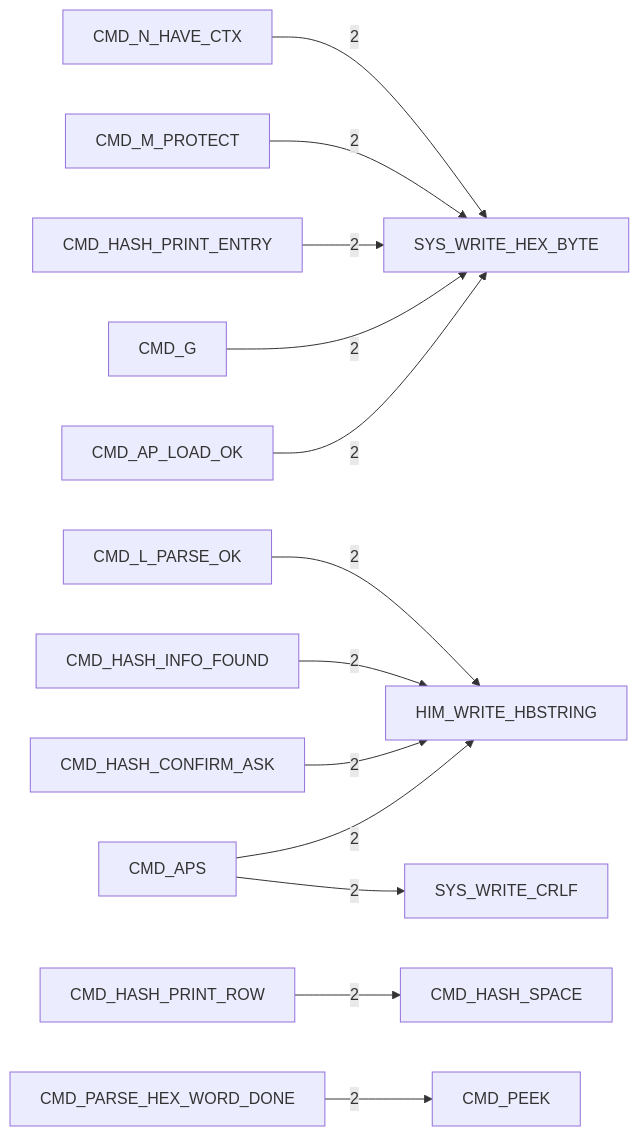
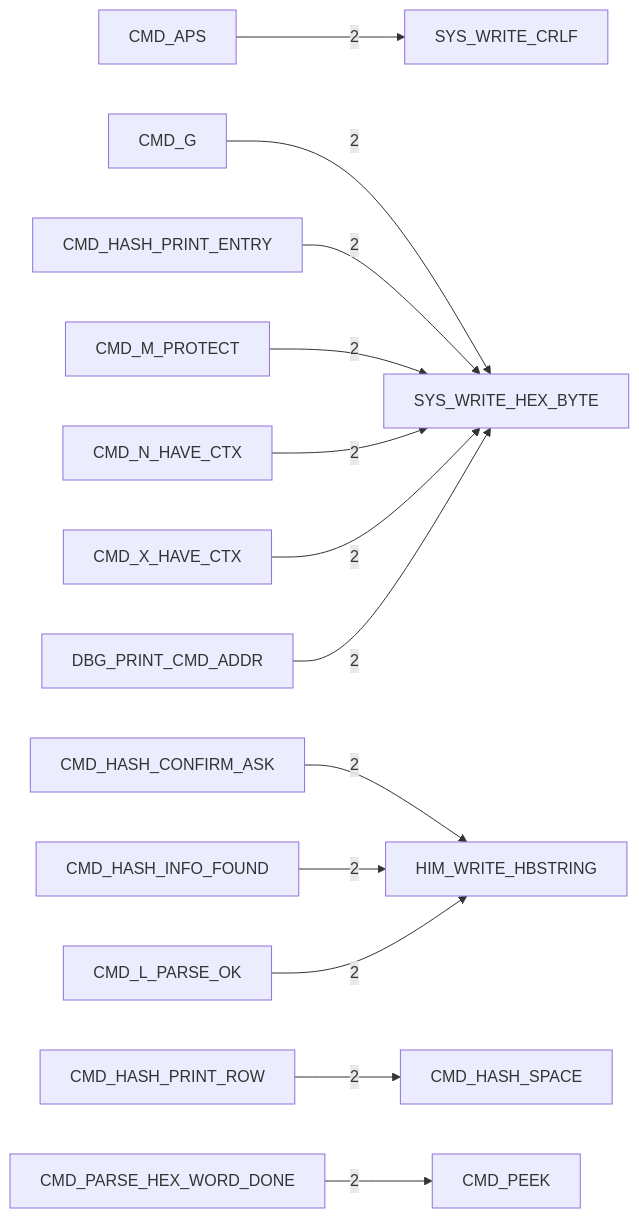
The fourth of 6 diagrams in DOC/GENERATED/HIMON_ROUTINE_TREE.md (95westus/R-YORS), drawn with Mermaid before and after one commit. The commit also changed other lines of this file and 29 other files, not shown here.

````diff
--- a/DOC/GENERATED/HIMON_ROUTINE_TREE.md
+++ b/DOC/GENERATED/HIMON_ROUTINE_TREE.md
@@ -62,15 +62,15 @@
 ```mermaid
 flowchart LR
-    N_CMD_AP_LOAD_OK[CMD_AP_LOAD_OK] -->|2| N_SYS_WRITE_HEX_BYTE[SYS_WRITE_HEX_BYTE]
-    N_CMD_APS[CMD_APS] -->|2| N_HIM_WRITE_HBSTRING[HIM_WRITE_HBSTRING]
     N_CMD_APS[CMD_APS] -->|2| N_SYS_WRITE_CRLF[SYS_WRITE_CRLF]
     N_CMD_G[CMD_G] -->|2| N_SYS_WRITE_HEX_BYTE[SYS_WRITE_HEX_BYTE]
     N_CMD_HASH_CONFIRM_ASK[CMD_HASH_CONFIRM_ASK] -->|2| N_HIM_WRITE_HBSTRING[HIM_WRITE_HBSTRING]
     N_CMD_HASH_INFO_FOUND[CMD_HASH_INFO_FOUND] -->|2| N_HIM_WRITE_HBSTRING[HIM_WRITE_HBSTRING]
     N_CMD_HASH_PRINT_ENTRY[CMD_HASH_PRINT_ENTRY] -->|2| N_SYS_WRITE_HEX_BYTE[SYS_WRITE_HEX_BYTE]
     N_CMD_HASH_PRINT_ROW[CMD_HASH_PRINT_ROW] -->|2| N_CMD_HASH_SPACE[CMD_HASH_SPACE]
     N_CMD_L_PARSE_OK[CMD_L_PARSE_OK] -->|2| N_HIM_WRITE_HBSTRING[HIM_WRITE_HBSTRING]
     N_CMD_M_PROTECT[CMD_M_PROTECT] -->|2| N_SYS_WRITE_HEX_BYTE[SYS_WRITE_HEX_BYTE]
     N_CMD_N_HAVE_CTX[CMD_N_HAVE_CTX] -->|2| N_SYS_WRITE_HEX_BYTE[SYS_WRITE_HEX_BYTE]
     N_CMD_PARSE_HEX_WORD_DONE[CMD_PARSE_HEX_WORD_DONE] -->|2| N_CMD_PEEK[CMD_PEEK]
+    N_CMD_X_HAVE_CTX[CMD_X_HAVE_CTX] -->|2| N_SYS_WRITE_HEX_BYTE[SYS_WRITE_HEX_BYTE]
+    N_DBG_PRINT_CMD_ADDR[DBG_PRINT_CMD_ADDR] -->|2| N_SYS_WRITE_HEX_BYTE[SYS_WRITE_HEX_BYTE]
 ```
````
